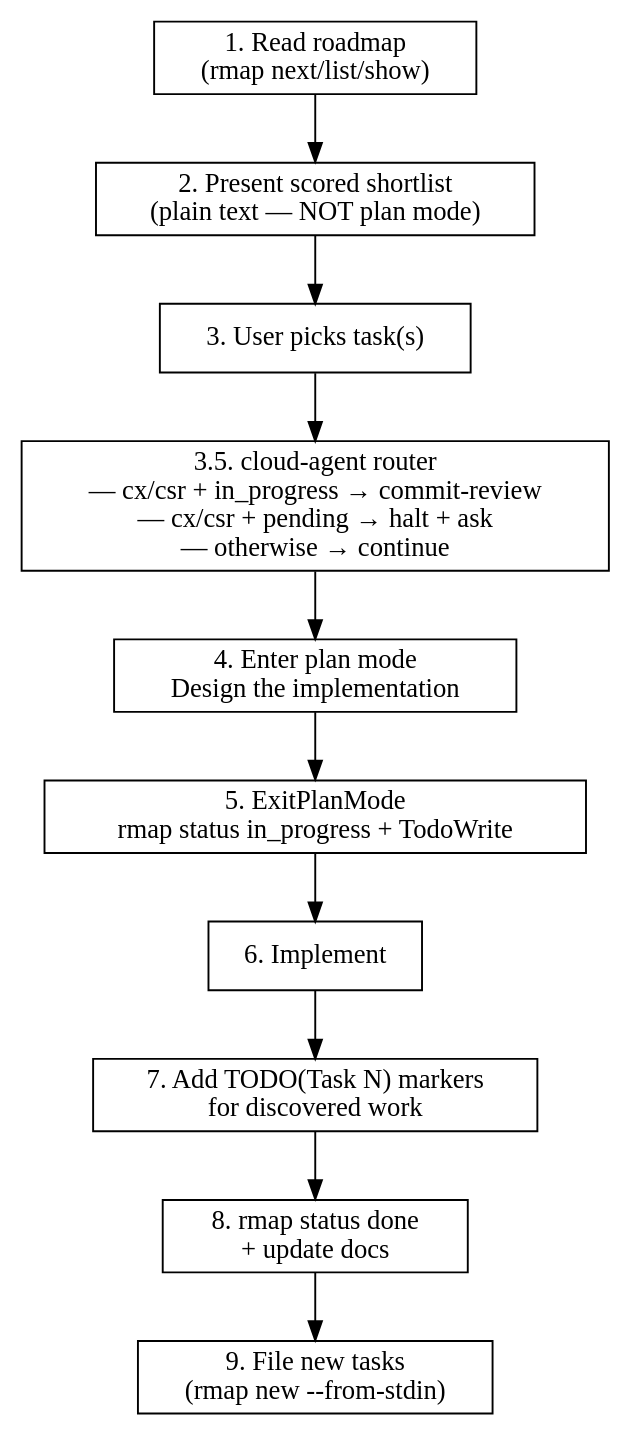
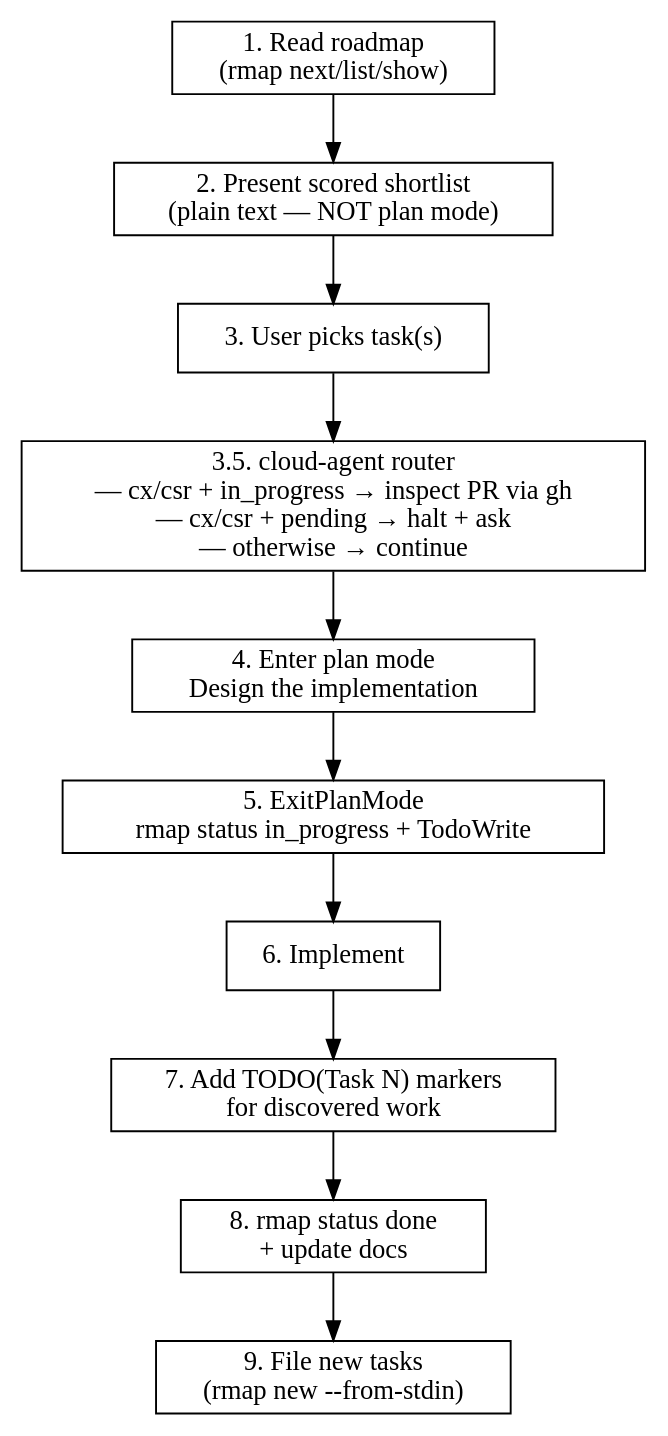
Before and after one commit to ZenHive/claude-marketplace-elixir: the second of 2 diagrams in plugins/task-driver/skills/task-driver/SKILL.md, drawn with Graphviz. The commit also changed other lines of this file and 30 other files, not shown here.

First line of the commit message:
staged-review v2.0.0: delete commit-review, pre-merge goes GH-native (gh pr merge --auto)

````diff
--- a/plugins/task-driver/skills/task-driver/SKILL.md
+++ b/plugins/task-driver/skills/task-driver/SKILL.md
@@ -185,19 +185,19 @@
 ```dot
 digraph task_driver {
   rankdir=TB;
   node [shape=box];
 
   read     [label="1. Read roadmap\n(rmap next/list/show)"];
   shortlist[label="2. Present scored shortlist\n(plain text — NOT plan mode)"];
   select   [label="3. User picks task(s)"];
-  route    [label="3.5. cloud-agent router\n— cx/csr + in_progress → commit-review\n— cx/csr + pending → halt + ask\n— otherwise → continue"];
+  route    [label="3.5. cloud-agent router\n— cx/csr + in_progress → inspect PR via gh\n— cx/csr + pending → halt + ask\n— otherwise → continue"];
   plan     [label="4. Enter plan mode\nDesign the implementation"];
   exit     [label="5. ExitPlanMode\nrmap status in_progress + TodoWrite"];
   implement[label="6. Implement"];
   todos    [label="7. Add TODO(Task N) markers\nfor discovered work"];
   docs     [label="8. rmap status done\n+ update docs"];
   discover [label="9. File new tasks\n(rmap new --from-stdin)"];
 
   read -> shortlist -> select -> route -> plan -> exit -> implement -> todos -> docs -> discover;
 }
 ```
````
